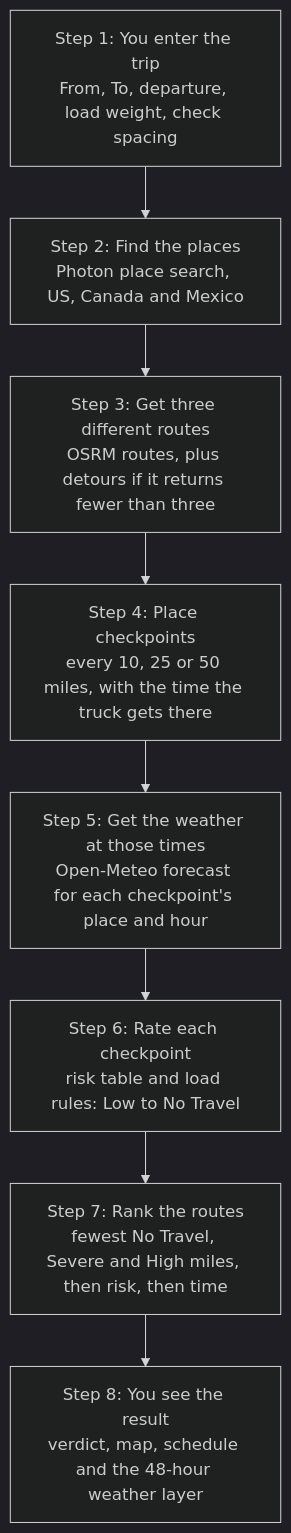
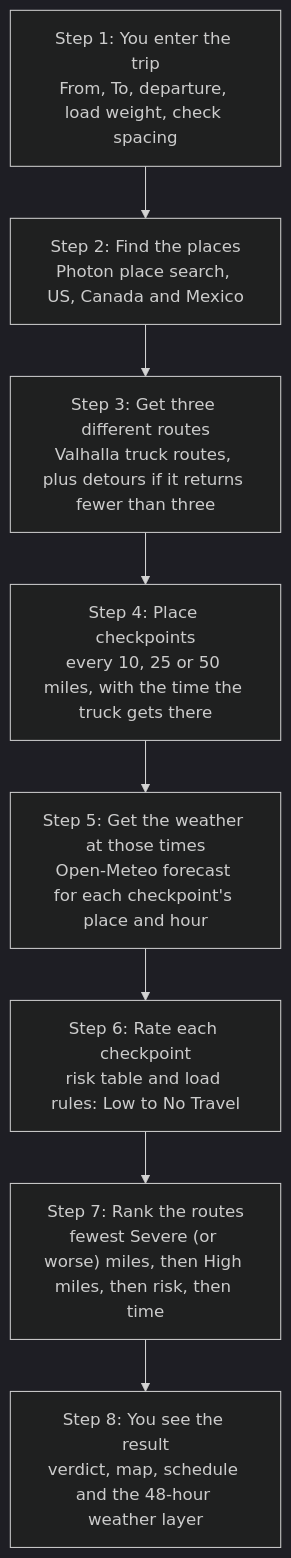
One commit to fjfdobli/truck-route-weather changed the diagram in docs/diagrams/system-flow.mmd. Above: the diagram before and after it, drawn with Mermaid (dark theme). The commit also changed 26 other files, not shown here.

First line of the commit message:
Route trucks with Valhalla and rank in the brief's order

```diff
--- a/docs/diagrams/system-flow.mmd
+++ b/docs/diagrams/system-flow.mmd
@@ -1,10 +1,10 @@
 flowchart TB
     A["Step 1: You enter the trip<br/>From, To, departure, load weight, check spacing"]
     B["Step 2: Find the places<br/>Photon place search, US, Canada and Mexico"]
-    C["Step 3: Get three different routes<br/>OSRM routes, plus detours if it returns fewer than three"]
+    C["Step 3: Get three different routes<br/>Valhalla truck routes, plus detours if it returns fewer than three"]
     D["Step 4: Place checkpoints<br/>every 10, 25 or 50 miles, with the time the truck gets there"]
     E["Step 5: Get the weather at those times<br/>Open-Meteo forecast for each checkpoint's place and hour"]
     F["Step 6: Rate each checkpoint<br/>risk table and load rules: Low to No Travel"]
-    G["Step 7: Rank the routes<br/>fewest No Travel, Severe and High miles, then risk, then time"]
+    G["Step 7: Rank the routes<br/>fewest Severe (or worse) miles, then High miles, then risk, then time"]
     H["Step 8: You see the result<br/>verdict, map, schedule and the 48-hour weather layer"]
     A --> B --> C --> D --> E --> F --> G --> H
```
